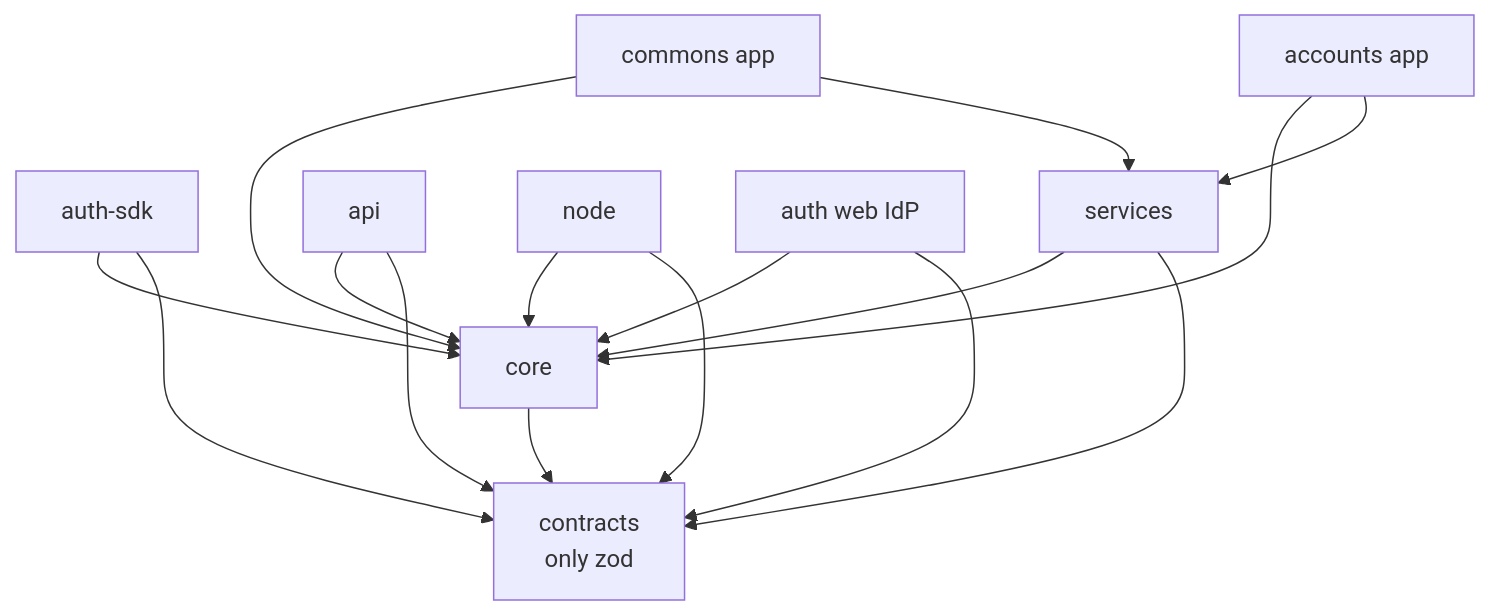
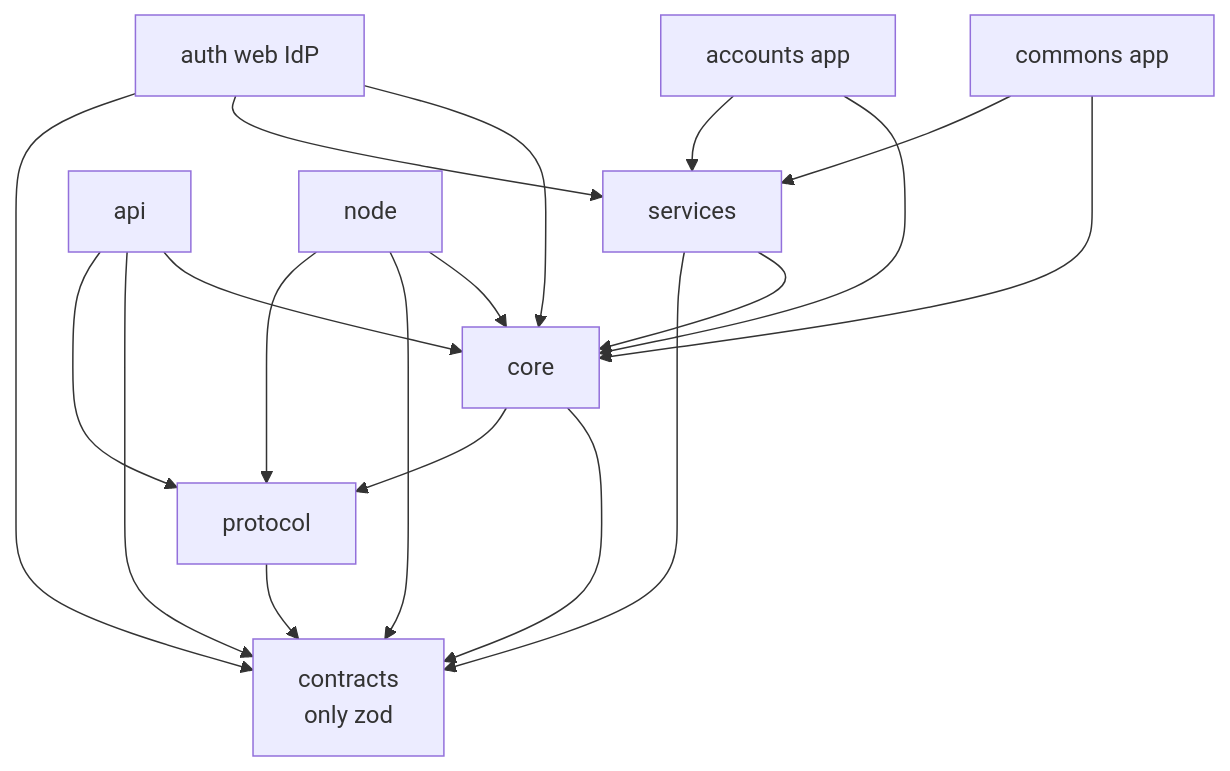
Before and after one commit to OxyHQ/OxyHQServices: the first of 2 diagrams in docs/architecture/overview.md, drawn with Mermaid. The commit also changed other lines of this file and 2 other files, not shown here.

First line of the commit message:
docs(core): rewrite ARCHITECTURE, docs index, and architecture overview to device-first

````diff
--- a/docs/architecture/overview.md
+++ b/docs/architecture/overview.md
@@ -79,19 +80,22 @@
 ```mermaid
 graph TD
     contracts[contracts<br/>only zod]
+    protocol[protocol] --> contracts
     core[core] --> contracts
-    authsdk[auth-sdk] --> core
-    authsdk --> contracts
+    core --> protocol
     services[services] --> core
     services --> contracts
     api[api] --> core
     api --> contracts
+    api --> protocol
     node[node] --> core
     node --> contracts
+    node --> protocol
     commons[commons app] --> core
     commons --> services
     accounts[accounts app] --> core
     accounts --> services
     webidp[auth web IdP] --> core
+    webidp --> services
     webidp --> contracts
 ```
````
